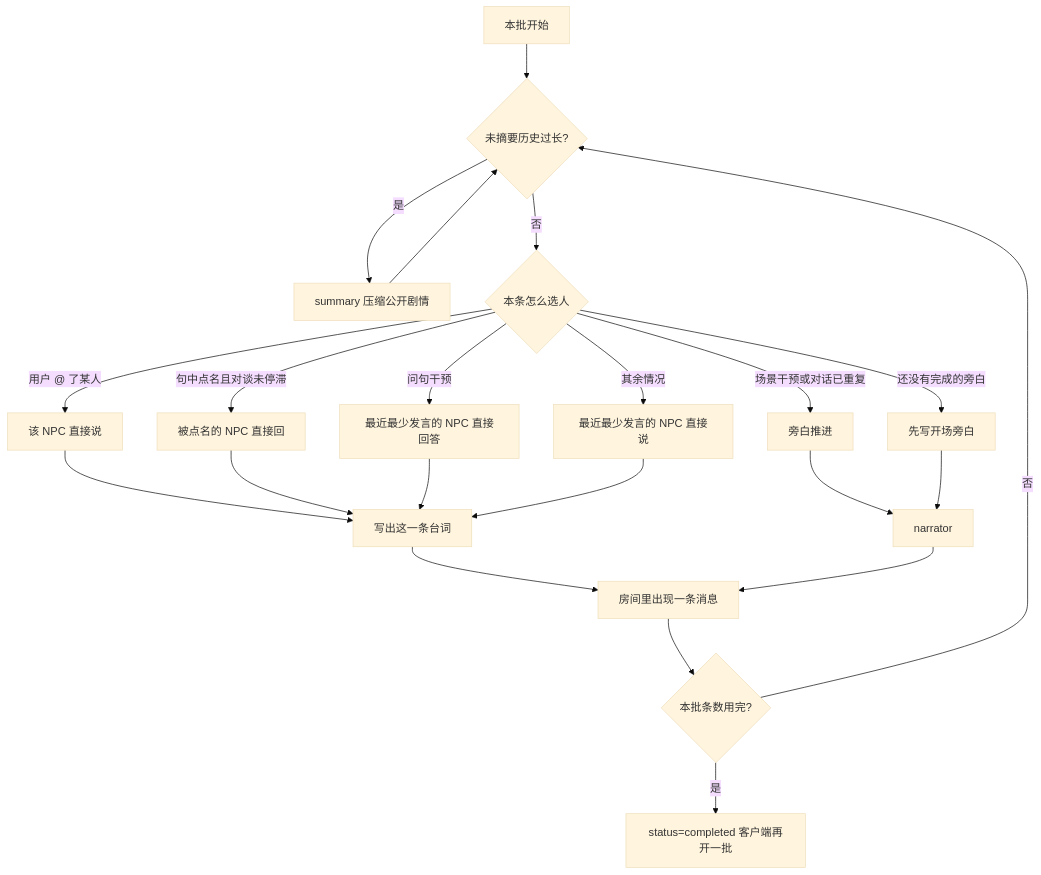
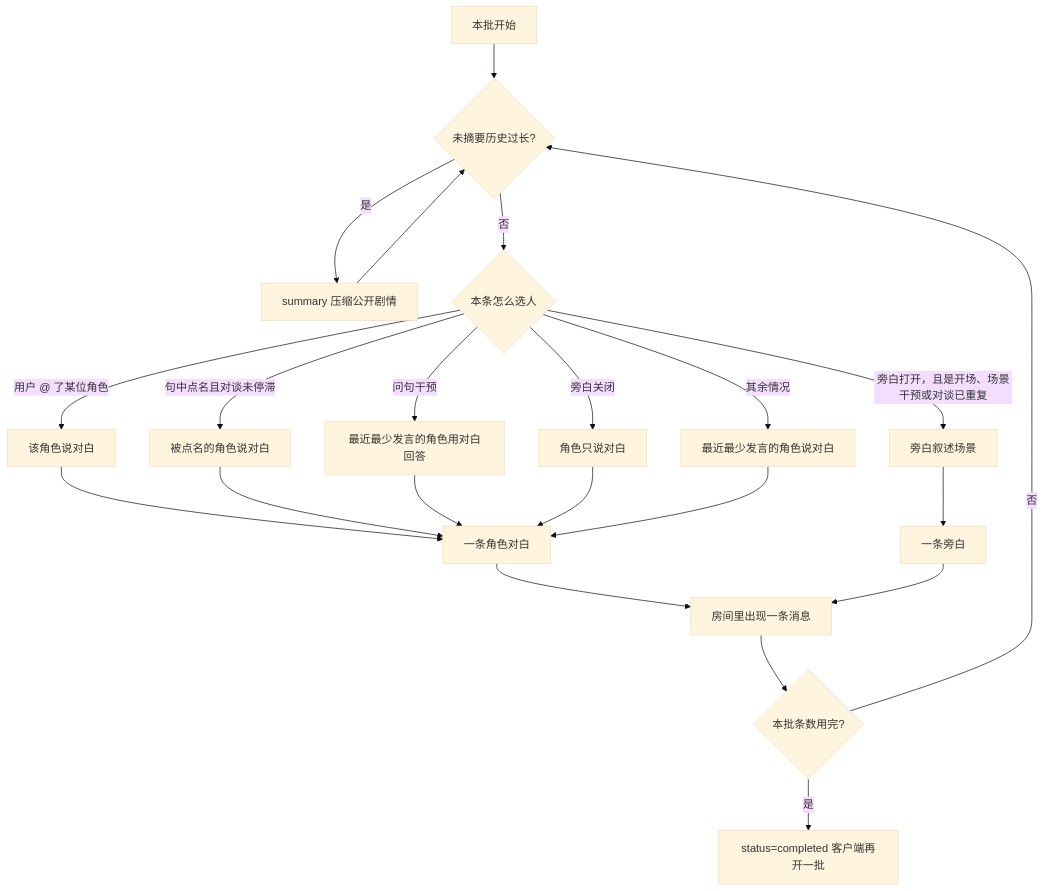
The diagram in src/lib/group-chat/README.md (marvin-season/landing-page), drawn with Mermaid (base theme) before and after one commit. The commit also changed other lines of this file and 7 other files, not shown here.

````diff
--- a/src/lib/group-chat/README.md
+++ b/src/lib/group-chat/README.md
@@ -1,24 +3,24 @@
 ```mermaid
 flowchart TD
   start[本批开始] --> summary{未摘要历史过长?}
   summary -->|是| sumAgent[summary 压缩公开剧情]
   sumAgent --> summary
   summary -->|否| pick{本条怎么选人}
-  pick -->|用户 @ 了某人| named[该 NPC 直接说]
-  pick -->|句中点名且对谈未停滞| reply[被点名的 NPC 直接回]
-  pick -->|问句干预| ask[最近最少发言的 NPC 直接回答]
-  pick -->|场景干预或对话已重复| narrate[旁白推进]
-  pick -->|还没有完成的旁白| open[先写开场旁白]
-  pick -->|其余情况| least[最近最少发言的 NPC 直接说]
-  named --> line[写出这一条台词]
+  pick -->|用户 @ 了某位角色| named[该角色说对白]
+  pick -->|句中点名且对谈未停滞| reply[被点名的角色说对白]
+  pick -->|问句干预| ask[最近最少发言的角色用对白回答]
+  pick -->|旁白关闭| talk[角色只说对白]
+  pick -->|旁白打开，且是开场、场景干预或对谈已重复| narrate[旁白叙述场景]
+  pick -->|其余情况| least[最近最少发言的角色说对白]
+  named --> line[一条角色对白]
   reply --> line
   ask --> line
+  talk --> line
   least --> line
-  narrate --> narrator
-  open --> narrator
+  narrate --> narrator[一条旁白]
   line --> visible[房间里出现一条消息]
   narrator --> visible
   visible --> next{本批条数用完?}
   next -->|否| summary
   next -->|是| done[status=completed 客户端再开一批]
 ```
````
